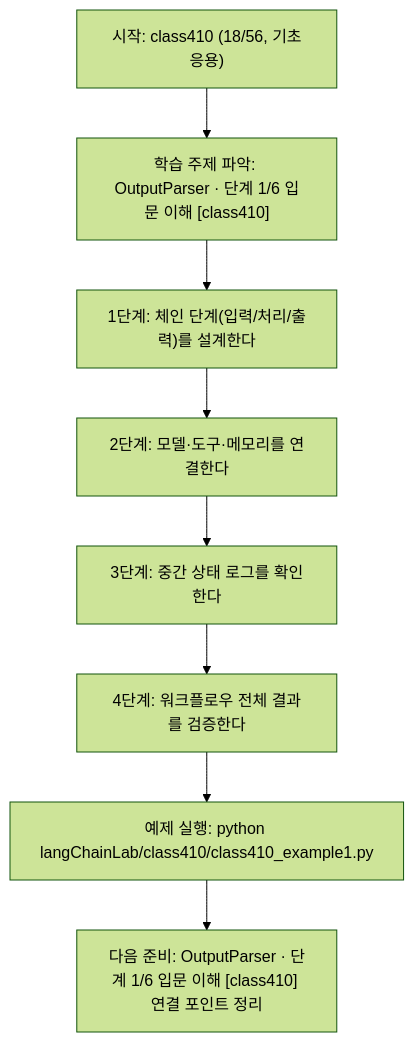
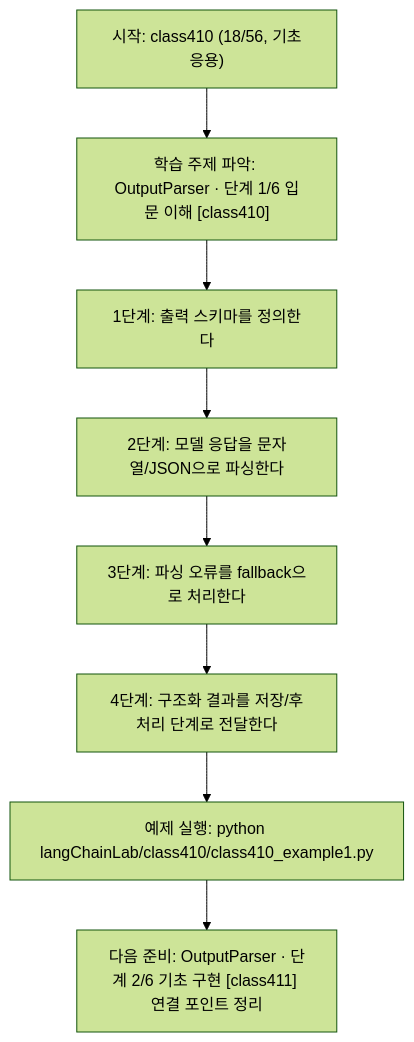
Before and after one commit to edumgt/Python-AI_Agent-Class: the diagram in langChainLab/class410/class410.md, drawn with Mermaid (forest theme). The commit also changed other lines of this file and 395 other files, not shown here.

````diff
--- a/langChainLab/class410/class410.md
+++ b/langChainLab/class410/class410.md
@@ -108,18 +90,18 @@
 ```mermaid
 flowchart TD
 N1["시작: class410 (18/56, 기초응용)"]
 N2["학습 주제 파악: OutputParser · 단계 1/6 입문 이해 [class410]"]
-N3["1단계: 체인 단계(입력/처리/출력)를 설계한다"]
-N4["2단계: 모델·도구·메모리를 연결한다"]
-N5["3단계: 중간 상태 로그를 확인한다"]
-N6["4단계: 워크플로우 전체 결과를 검증한다"]
+N3["1단계: 출력 스키마를 정의한다"]
+N4["2단계: 모델 응답을 문자열/JSON으로 파싱한다"]
+N5["3단계: 파싱 오류를 fallback으로 처리한다"]
+N6["4단계: 구조화 결과를 저장/후처리 단계로 전달한다"]
 N7["예제 실행: python langChainLab/class410/class410_example1.py"]
-N8["다음 준비: OutputParser · 단계 1/6 입문 이해 [class410] 연결 포인트 정리"]
+N8["다음 준비: OutputParser · 단계 2/6 기초 구현 [class411] 연결 포인트 정리"]
 N1 --> N2
 N2 --> N3
 N3 --> N4
 N4 --> N5
 N5 --> N6
 N6 --> N7
 N7 --> N8
 ```
````
